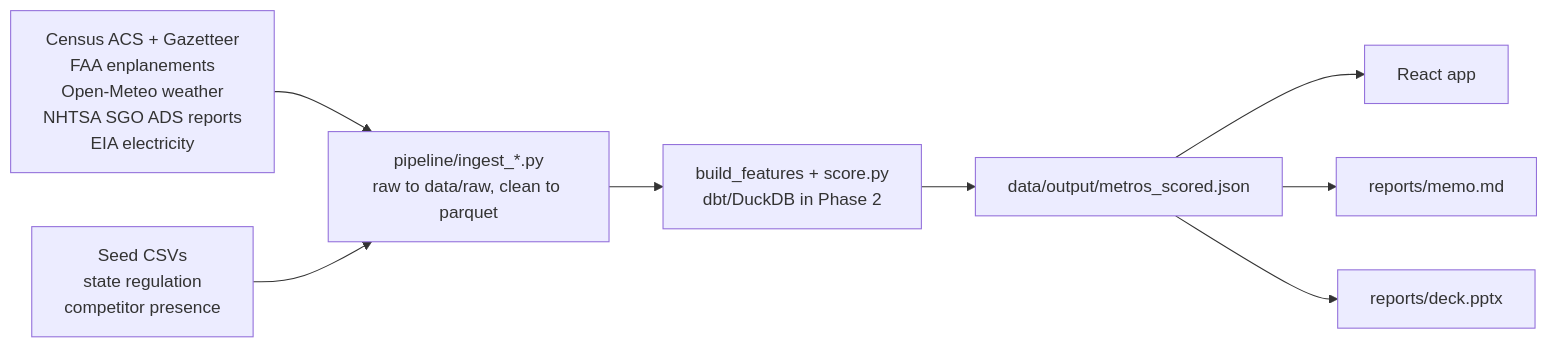
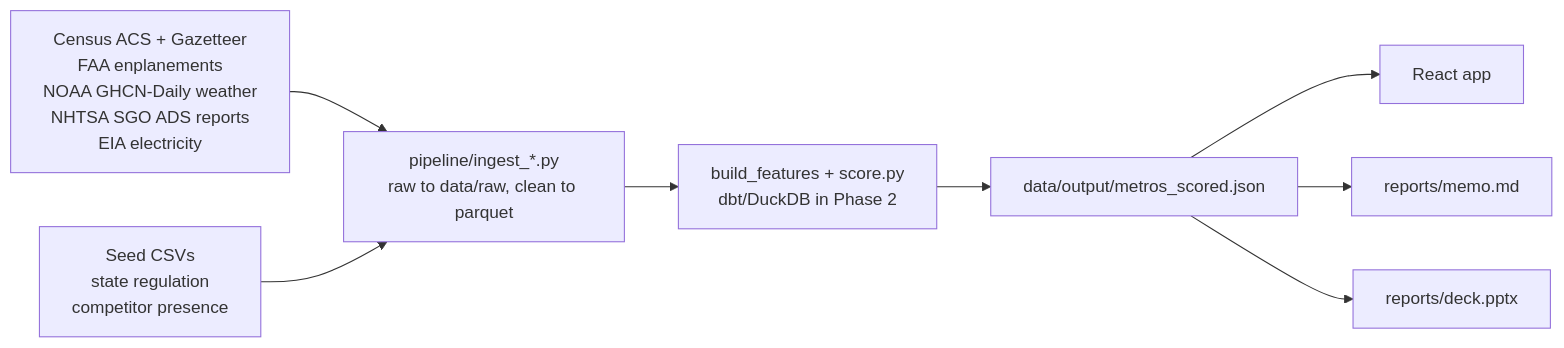
Before and after one commit to jmayank574/av-expansion-strategy: the diagram in README.md, drawn with Mermaid. The commit also changed other lines of this file and 40 other files, not shown here.

First line of the commit message:
Apply validation fixes: NOAA weather, min-max crowding, Chicago Waymo, citations, assumption references

````diff
--- a/README.md
+++ b/README.md
@@ -23,10 +23,10 @@
 ```mermaid
 flowchart LR
-  A[Census ACS + Gazetteer<br/>FAA enplanements<br/>Open-Meteo weather<br/>NHTSA SGO ADS reports<br/>EIA electricity] --> B[pipeline/ingest_*.py<br/>raw to data/raw, clean to parquet]
+  A[Census ACS + Gazetteer<br/>FAA enplanements<br/>NOAA GHCN-Daily weather<br/>NHTSA SGO ADS reports<br/>EIA electricity] --> B[pipeline/ingest_*.py<br/>raw to data/raw, clean to parquet]
   S[Seed CSVs<br/>state regulation<br/>competitor presence] --> B
   B --> C[build_features + score.py<br/>dbt/DuckDB in Phase 2]
   C --> D[data/output/metros_scored.json]
   D --> E[React app]
   D --> F[reports/memo.md]
   D --> G[reports/deck.pptx]
 ```
````
